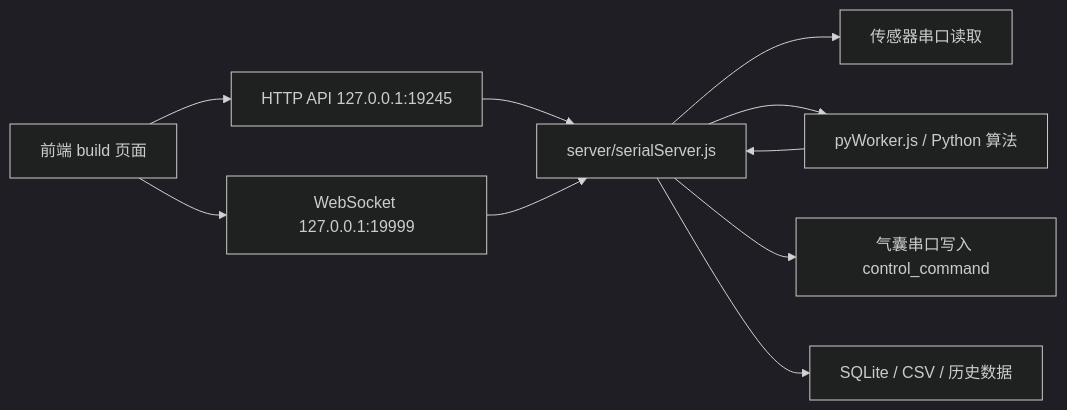
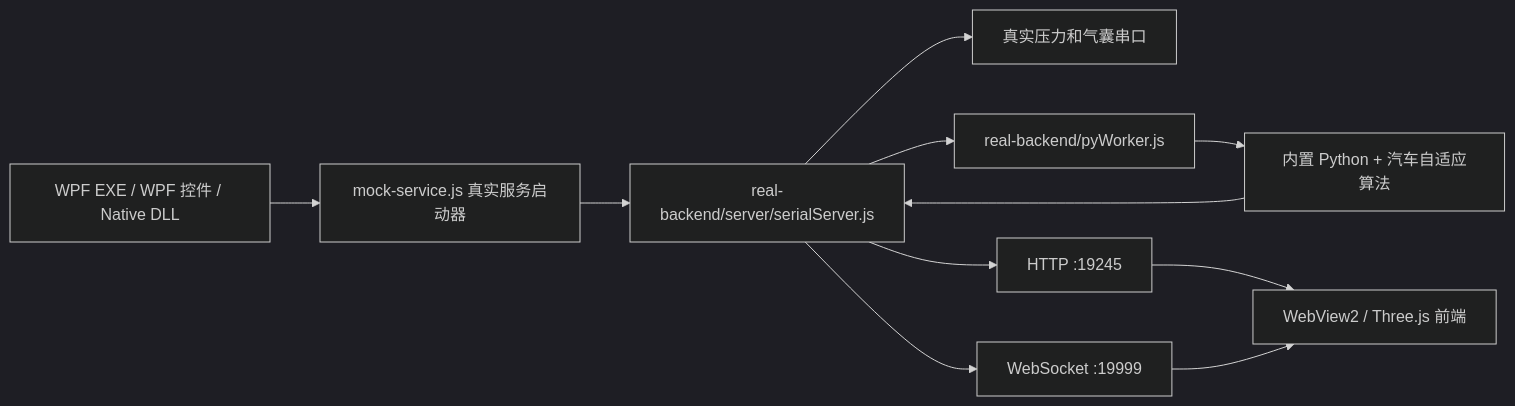
Before and after one commit to liudada118/jqtoolsWin: the diagram in netsdk/customer-sdk-template/REAL_ARCHITECTURE.md, drawn with Mermaid (dark theme). The commit also changed other lines of this file and 14663 other files, not shown here.

````diff
--- a/netsdk/customer-sdk-template/REAL_ARCHITECTURE.md
+++ b/netsdk/customer-sdk-template/REAL_ARCHITECTURE.md
@@ -19,12 +7,13 @@
 ```mermaid
 flowchart LR
-  UI["前端 build 页面"] --> HTTP["HTTP API 127.0.0.1:19245"]
-  UI --> WS["WebSocket 127.0.0.1:19999"]
-  HTTP --> Backend["server/serialServer.js"]
-  WS --> Backend
-  Backend --> SerialIn["传感器串口读取"]
-  Backend --> Python["pyWorker.js / Python 算法"]
-  Python --> Backend
-  Backend --> SerialOut["气囊串口写入 control_command"]
-  Backend --> DB["SQLite / CSV / 历史数据"]
+  WPF["WPF EXE / WPF 控件 / Native DLL"] --> Launcher["mock-service.js 真实服务启动器"]
+  Launcher --> Node["real-backend/server/serialServer.js"]
+  Node --> Serial["真实压力和气囊串口"]
+  Node --> Worker["real-backend/pyWorker.js"]
+  Worker --> Python["内置 Python + 汽车自适应算法"]
+  Python --> Node
+  Node --> REST["HTTP :19245"]
+  Node --> WS["WebSocket :19999"]
+  REST --> UI["WebView2 / Three.js 前端"]
+  WS --> UI
 ```
````
